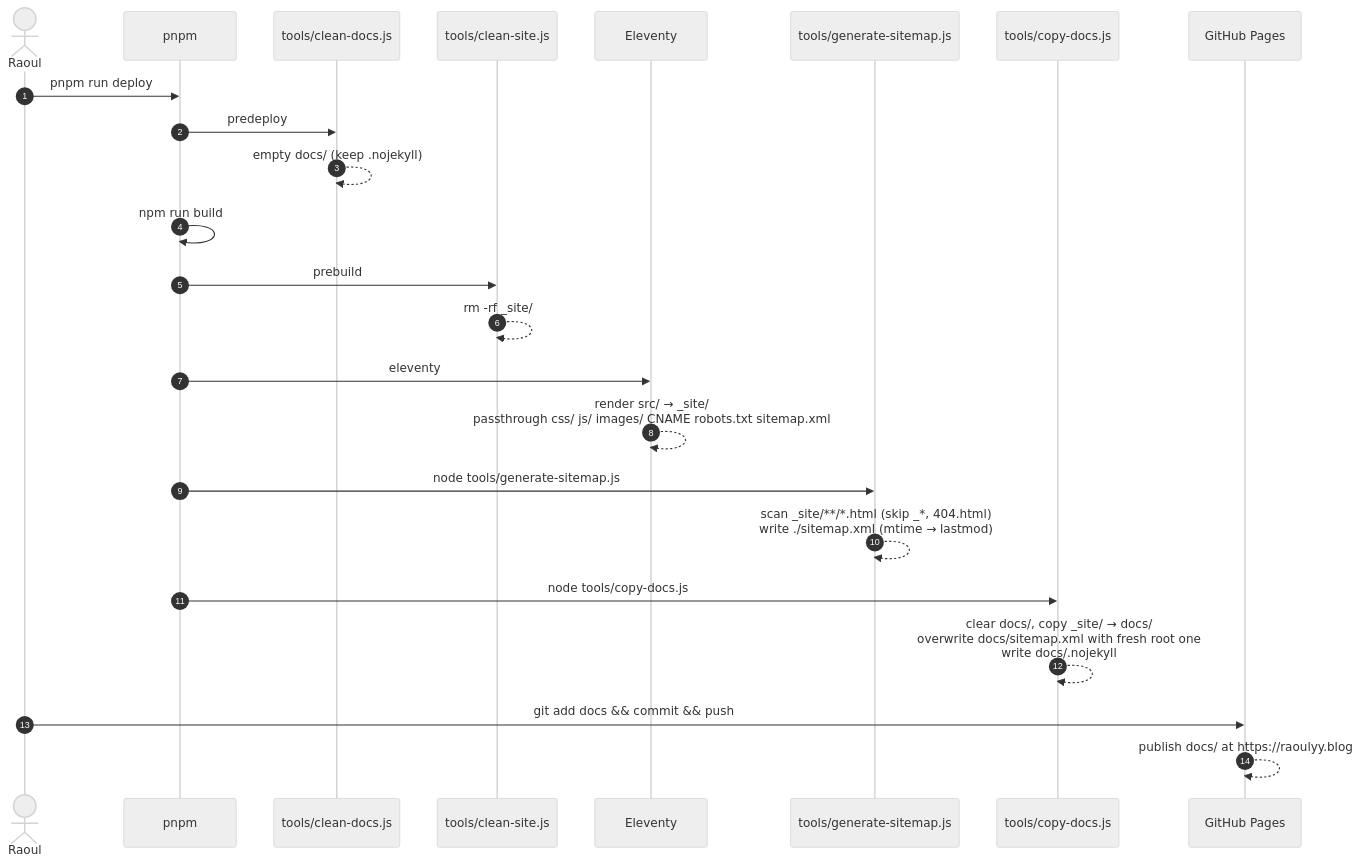
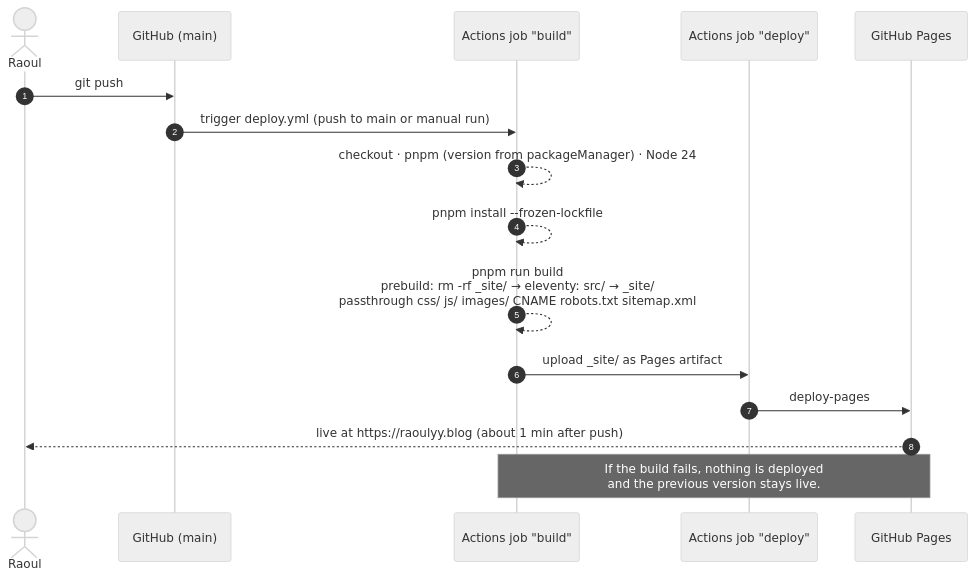
The third of 9 diagrams in ARCHITECTURE.md (raoul-g/raoulyy-blog), drawn with Mermaid (neutral theme) before and after one commit. The commit also changed other lines of this file and 42 other files, not shown here.

First line of the commit message:
deploy via GitHub Actions instead of committing docs/

````diff
--- a/ARCHITECTURE.md
+++ b/ARCHITECTURE.md
@@ -86,27 +82,19 @@
 ```mermaid
 sequenceDiagram
     autonumber
     actor Dev as Raoul
-    participant PNPM as pnpm
-    participant CD as tools/clean-docs.js
-    participant CS as tools/clean-site.js
-    participant E as Eleventy
-    participant SM as tools/generate-sitemap.js
-    participant CP as tools/copy-docs.js
-    participant GH as GitHub Pages
+    participant GH as GitHub (main)
+    participant B as Actions job "build"
+    participant D as Actions job "deploy"
+    participant P as GitHub Pages
 
-    Dev->>PNPM: pnpm run deploy
-    PNPM->>CD: predeploy
-    CD-->>CD: empty docs/ (keep .nojekyll)
-    PNPM->>PNPM: npm run build
-    PNPM->>CS: prebuild
-    CS-->>CS: rm -rf _site/
-    PNPM->>E: eleventy
-    E-->>E: render src/ → _site/<br/>passthrough css/ js/ images/ CNAME robots.txt sitemap.xml
-    PNPM->>SM: node tools/generate-sitemap.js
-    SM-->>SM: scan _site/**/*.html (skip _*, 404.html)<br/>write ./sitemap.xml (mtime → lastmod)
-    PNPM->>CP: node tools/copy-docs.js
-    CP-->>CP: clear docs/, copy _site/ → docs/<br/>overwrite docs/sitemap.xml with fresh root one<br/>write docs/.nojekyll
-    Dev->>GH: git add docs && commit && push
-    GH-->>GH: publish docs/ at https://raoulyy.blog
+    Dev->>GH: git push
+    GH->>B: trigger deploy.yml (push to main or manual run)
+    B-->>B: checkout · pnpm (version from packageManager) · Node 24
+    B-->>B: pnpm install --frozen-lockfile
+    B-->>B: pnpm run build<br/>prebuild: rm -rf _site/ → eleventy: src/ → _site/<br/>passthrough css/ js/ images/ CNAME robots.txt sitemap.xml
+    B->>D: upload _site/ as Pages artifact
+    D->>P: deploy-pages
+    P-->>Dev: live at https://raoulyy.blog (about 1 min after push)
+    Note over B,P: If the build fails, nothing is deployed<br/>and the previous version stays live.
 ```
````
